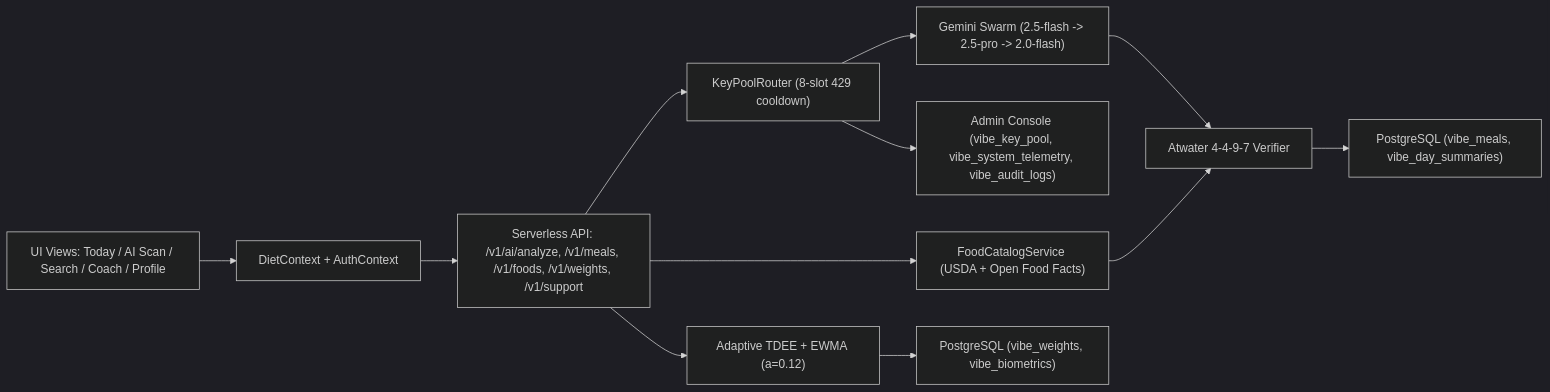
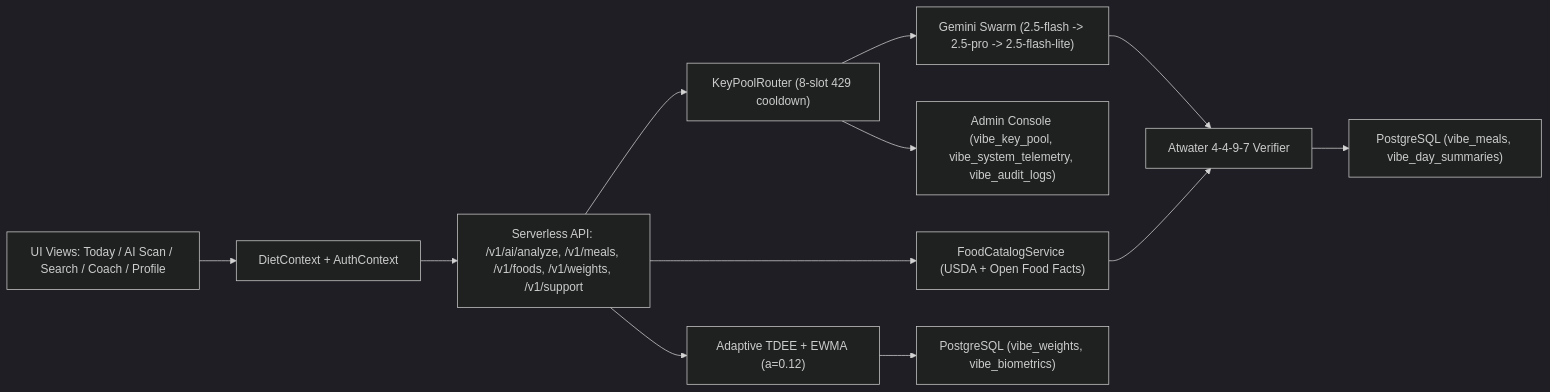
The diagram in brain/Architecture.md (avi249241-pixel/vibediet-private), drawn with Mermaid (dark theme) before and after one commit. The commit also changed 9 other files, not shown here.

````diff
--- a/brain/Architecture.md
+++ b/brain/Architecture.md
@@ -15,14 +15,14 @@
 ```mermaid
 flowchart LR
   UI["UI Views: Today / AI Scan / Search / Coach / Profile"] --> DC["DietContext + AuthContext"]
   DC --> API["Serverless API: /v1/ai/analyze, /v1/meals, /v1/foods, /v1/weights, /v1/support"]
   API --> KPR["KeyPoolRouter (8-slot 429 cooldown)"]
-  KPR --> SWARM["Gemini Swarm (2.5-flash -> 2.5-pro -> 2.0-flash)"]
+  KPR --> SWARM["Gemini Swarm (2.5-flash -> 2.5-pro -> 2.5-flash-lite)"]
   SWARM --> ATW["Atwater 4-4-9-7 Verifier"]
   API --> CAT["FoodCatalogService (USDA + Open Food Facts)"]
   CAT --> ATW
   API --> TDEE["Adaptive TDEE + EWMA (a=0.12)"]
   ATW --> DB["PostgreSQL (vibe_meals, vibe_day_summaries)"]
   TDEE --> DB2["PostgreSQL (vibe_weights, vibe_biometrics)"]
   KPR --> ADM["Admin Console (vibe_key_pool, vibe_system_telemetry, vibe_audit_logs)"]
 ```
````
